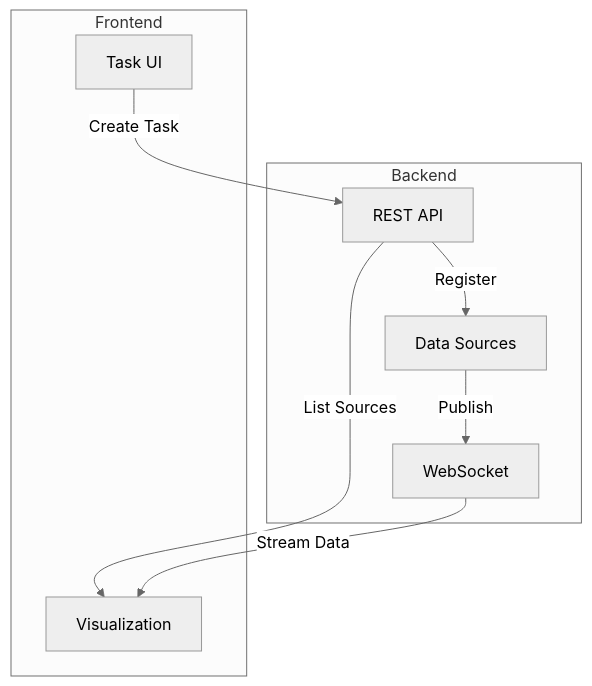
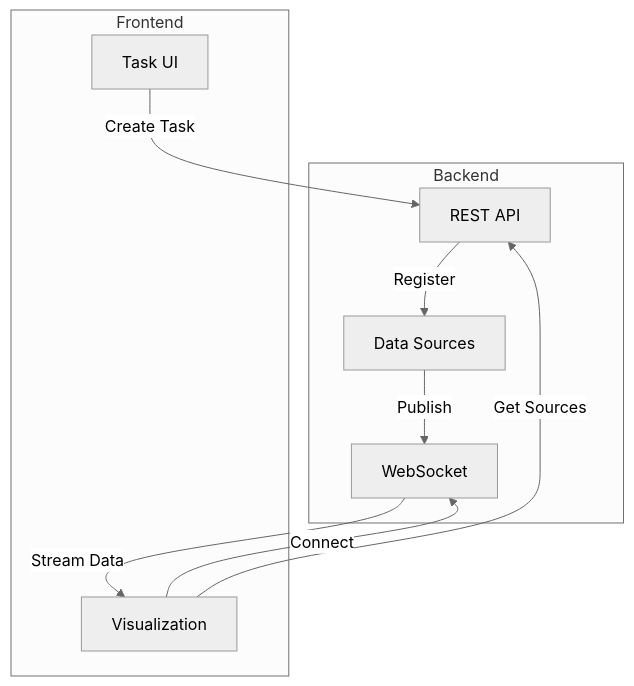
The diagram in README.md (tccoult/sdr-cockpit), drawn with Mermaid (neutral theme) before and after one commit.

Commit message:
Fix data flow diagram arrow directions
Correct the flow to accurately show:
- Viz requests sources FROM API (not API pushing to Viz)
- Viz connects TO WebSocket
- WebSocket streams data TO Viz

````diff
--- a/README.md
+++ b/README.md
@@ -33,19 +33,20 @@
 ```mermaid
 flowchart TB
     subgraph Backend
         API[REST API]
         Sources[Data Sources]
         WS[WebSocket]
     end
 
     subgraph Frontend
         UI[Task UI]
         Viz[Visualization]
     end
 
     UI -->|"Create Task"| API
     API -->|"Register"| Sources
-    API -->|"List Sources"| Viz
+    Viz -->|"Get Sources"| API
+    Viz -->|"Connect"| WS
     Sources -->|"Publish"| WS
     WS -->|"Stream Data"| Viz
 ```
````
